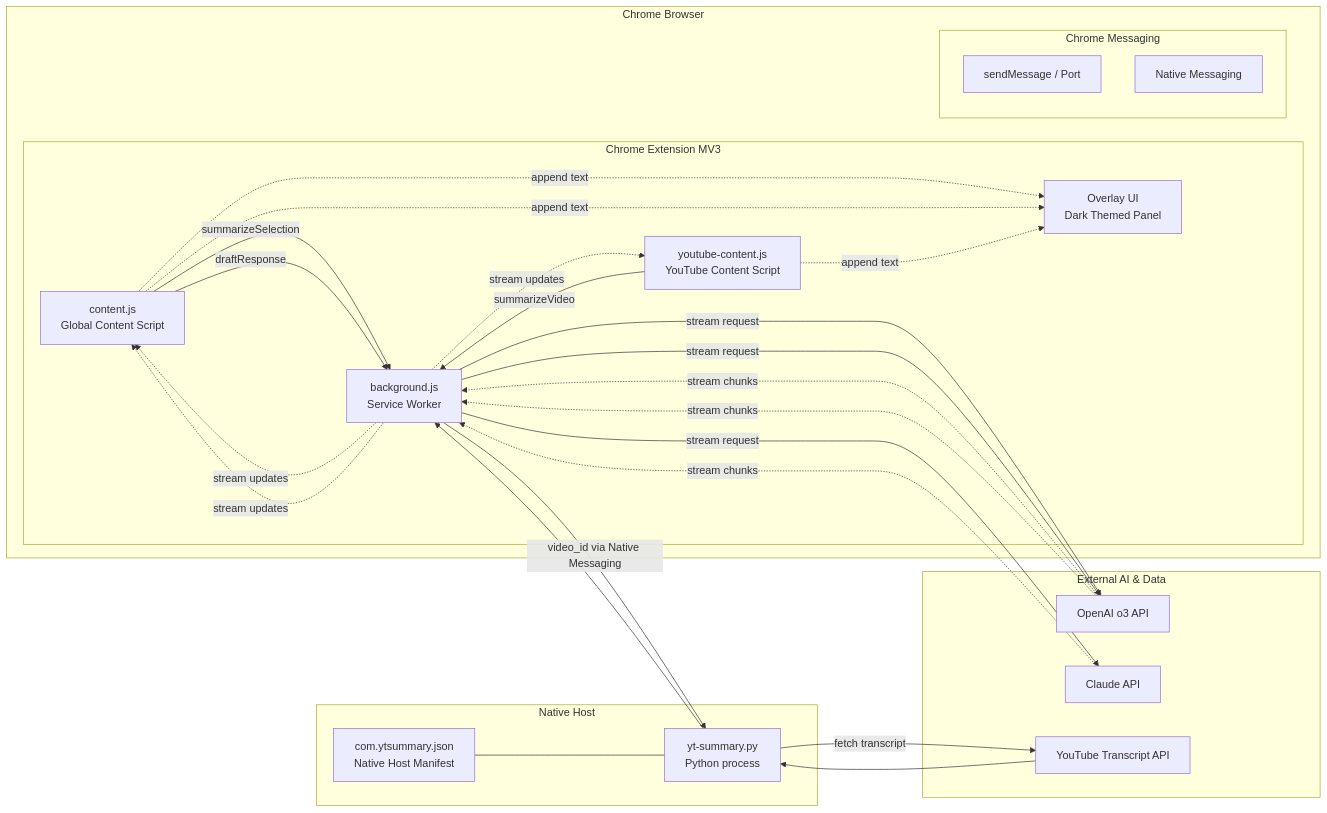
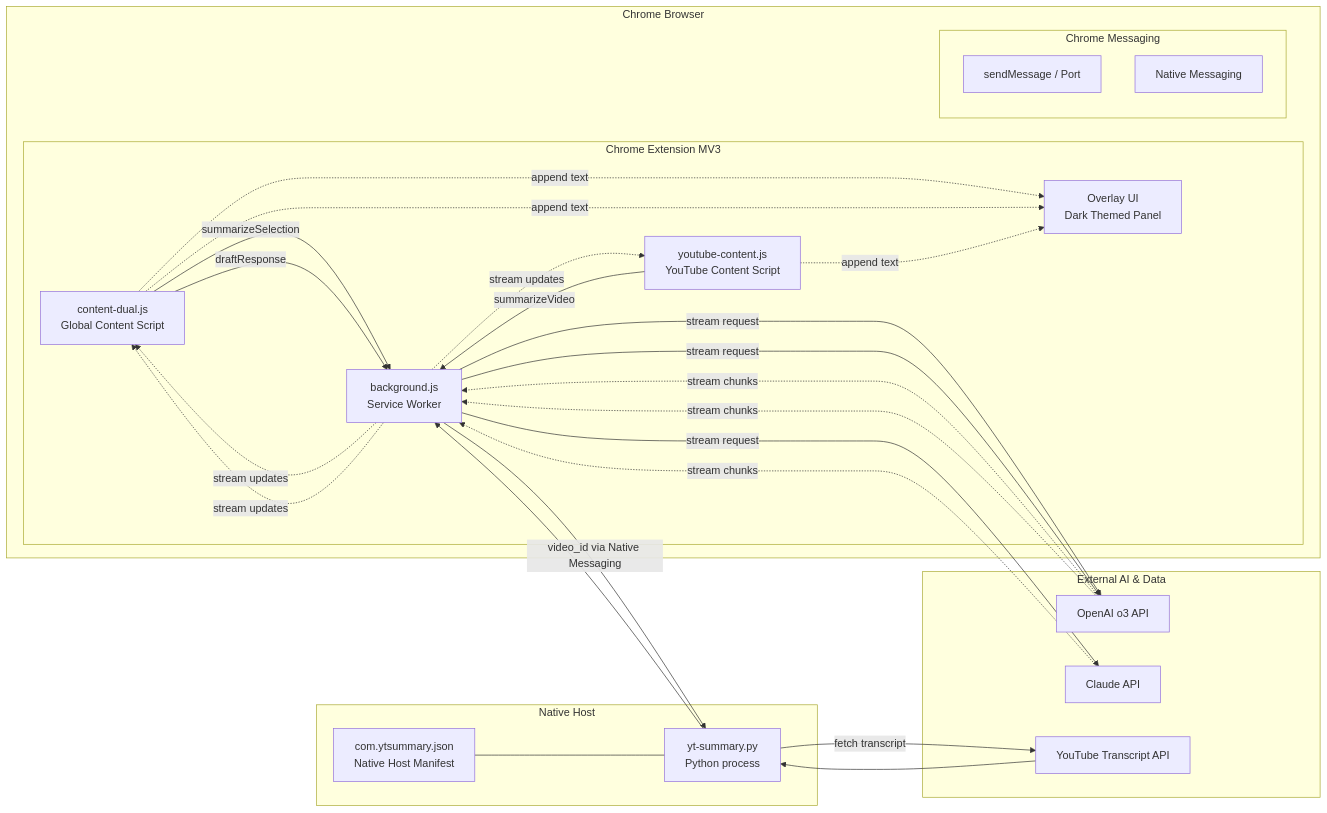
Before and after one commit to tejbirwason/summarizer-chrome-plugin: the diagram in architecture.md, drawn with Mermaid. The commit also changed other lines of this file and 35 other files, not shown here.

First line of the commit message:
Implement dual-mode summarization with native messaging architecture

````diff
--- a/architecture.md
+++ b/architecture.md
@@ -5,53 +5,53 @@
 ```mermaid
 flowchart LR
   %% Subgraphs for clarity
   subgraph Browser[Chrome Browser]
     subgraph Extension[Chrome Extension MV3]
-      CJS[content.js<br/>Global Content Script]
+      CJS[content-dual.js<br/>Global Content Script]
       YTJS[youtube-content.js<br/>YouTube Content Script]
       BG[background.js<br/>Service Worker]
       UI[Overlay UI<br/>Dark Themed Panel]
     end
     subgraph Messaging[Chrome Messaging]
       MSG[sendMessage / Port]
       NM[Native Messaging]
     end
   end
 
   subgraph NativeHost[Native Host]
     MAN[com.ytsummary.json<br/>Native Host Manifest]
     PY[yt-summary.py<br/>Python process]
   end
 
   subgraph APIs[External AI & Data]
     OAI[OpenAI o3 API]
     CLAUDE[Claude API]
     YTAPI[YouTube Transcript API]
   end
 
   %% Selected Text: Summarize & Draft
   CJS -->|summarizeSelection| BG
   CJS -->|draftResponse| BG
 
   BG -->|stream request| OAI
   OAI -.->|stream chunks| BG
   BG -.->|stream updates| CJS
   CJS -.->|append text| UI
 
   BG -->|stream request| CLAUDE
   CLAUDE -.->|stream chunks| BG
   BG -.->|stream updates| CJS
   CJS -.->|append text| UI
 
   %% YouTube Transcript Summarization
   YTJS -->|summarizeVideo| BG
   BG -->|video_id via Native Messaging| PY
   MAN --- PY
   PY -->|fetch transcript| YTAPI
   YTAPI --> PY
   PY --> BG
   BG -->|stream request| OAI
   OAI -.->|stream chunks| BG
   BG -.->|stream updates| YTJS
   YTJS -.->|append text| UI
 ```
````
